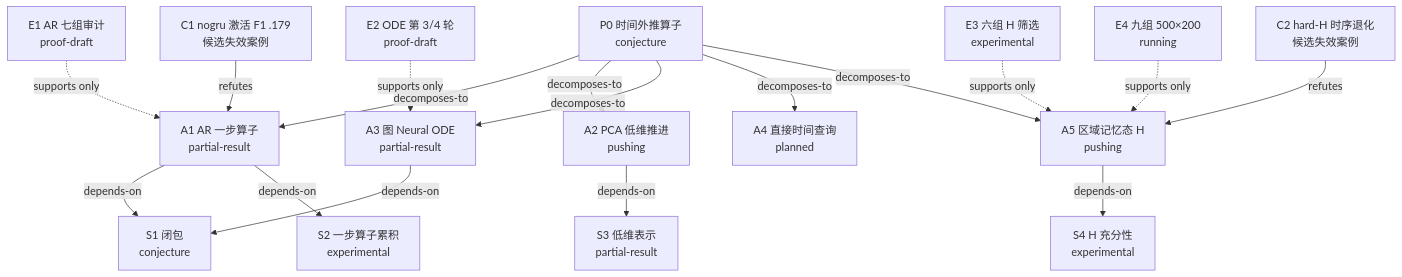
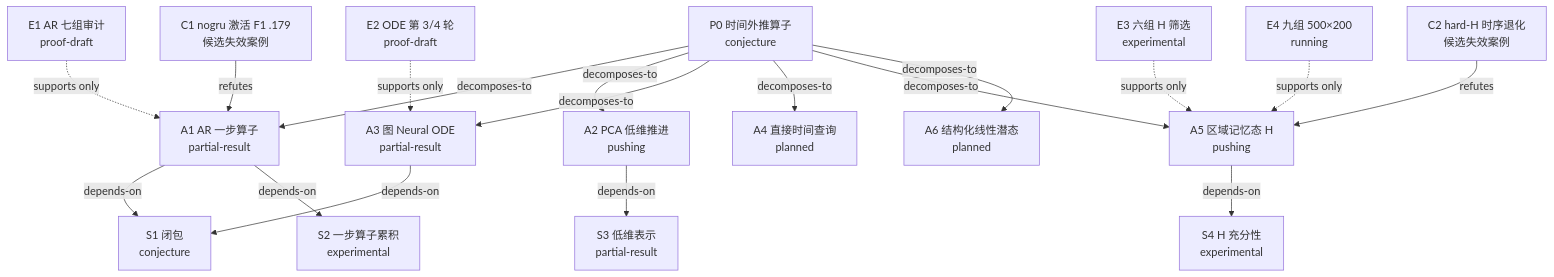
The diagram in projects/cardiac-ep/research-tree.md (hollylewis977-ui/cardiac-workspace), drawn with Mermaid before and after one commit. The commit also changed other lines of this file and 12 other files, not shown here.

````diff
--- a/projects/cardiac-ep/research-tree.md
+++ b/projects/cardiac-ep/research-tree.md
@@ -11,36 +12,38 @@
 ```mermaid
 flowchart TD
     P0["P0 时间外推算子<br/>conjecture"]
     A1["A1 AR 一步算子<br/>partial-result"]
     A2["A2 PCA 低维推进<br/>pushing"]
     A3["A3 图 Neural ODE<br/>partial-result"]
     A4["A4 直接时间查询<br/>planned"]
     A5["A5 区域记忆态 H<br/>pushing"]
+    A6["A6 结构化线性潜态<br/>planned"]
     S1["S1 闭包<br/>conjecture"]
     S2["S2 一步算子累积<br/>experimental"]
     S3["S3 低维表示<br/>partial-result"]
     S4["S4 H 充分性<br/>experimental"]
     E1["E1 AR 七组审计<br/>proof-draft"]
     E2["E2 ODE 第 3/4 轮<br/>proof-draft"]
     E3["E3 六组 H 筛选<br/>experimental"]
     E4["E4 九组 500×200<br/>running"]
     C1["C1 nogru 激活 F1 .179<br/>候选失效案例"]
     C2["C2 hard-H 时序退化<br/>候选失效案例"]
 
     P0 -->|decomposes-to| A1
     P0 -->|decomposes-to| A2
     P0 -->|decomposes-to| A3
     P0 -->|decomposes-to| A4
     P0 -->|decomposes-to| A5
+    P0 -->|decomposes-to| A6
     A1 -->|depends-on| S1
     A1 -->|depends-on| S2
     A2 -->|depends-on| S3
     A3 -->|depends-on| S1
     A5 -->|depends-on| S4
     E1 -.->|supports only| A1
     E2 -.->|supports only| A3
     E3 -.->|supports only| A5
     E4 -.->|supports only| A5
     C1 -->|refutes| A1
     C2 -->|refutes| A5
 ```
````
